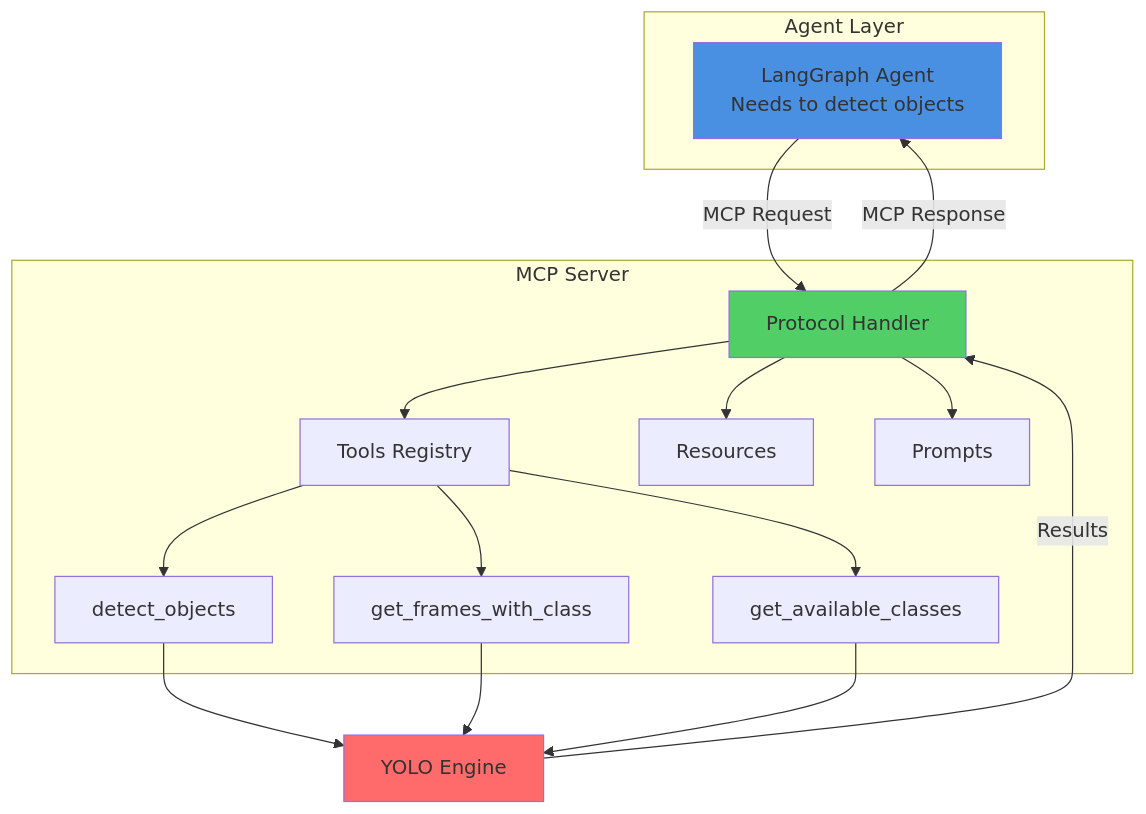
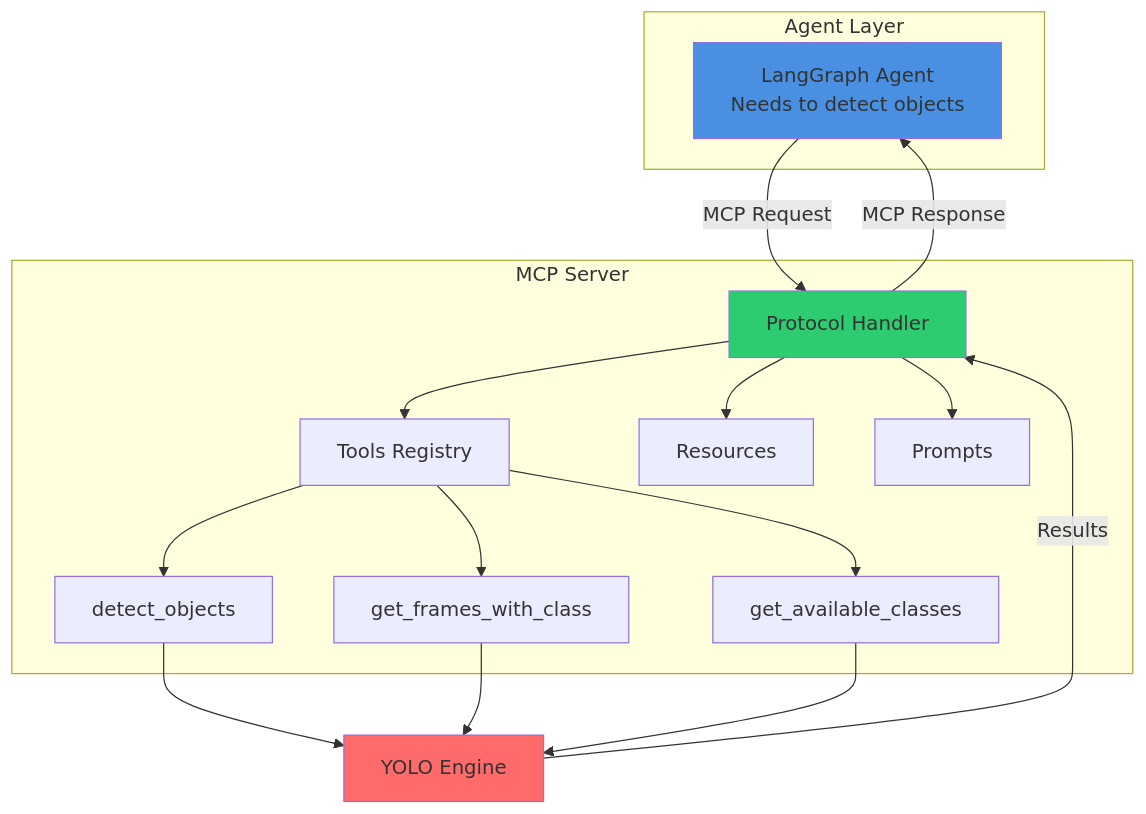
Before and after one commit to Omenranr/rag-video: diagram 16 of 35 in README.md, drawn with Mermaid. The commit also changed other lines of this file, not shown here.

````diff
--- a/README.md
+++ b/README.md
@@ -485,30 +485,30 @@
 ```mermaid
 graph TB
     subgraph "Agent Layer"
         A[LangGraph Agent<br/>Needs to detect objects]
     end
     
     A -->|MCP Request| B
     
     subgraph "MCP Server"
         B[Protocol Handler]
         B --> C[Tools Registry]
         B --> D[Resources]
         B --> E[Prompts]
         
         C --> F[detect_objects]
         C --> G[get_frames_with_class]
         C --> H[get_available_classes]
     end
     
     F --> I[YOLO Engine]
     G --> I
     H --> I
     
     I -->|Results| B
     B -->|MCP Response| A
     
     style A fill:#4a90e2
-    style B fill:#51cf66
+    style B fill:#2ecc71
     style I fill:#ff6b6b
 ```
````
